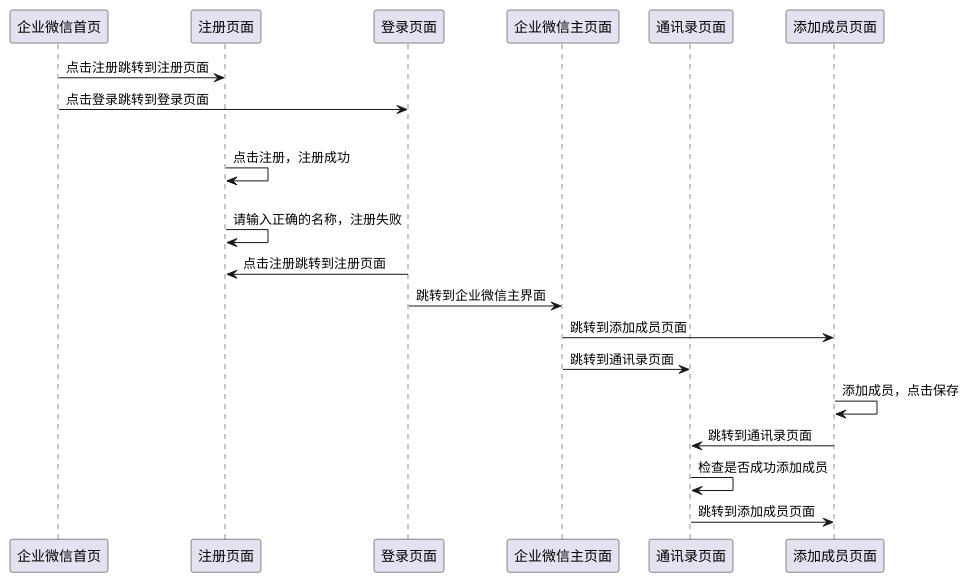
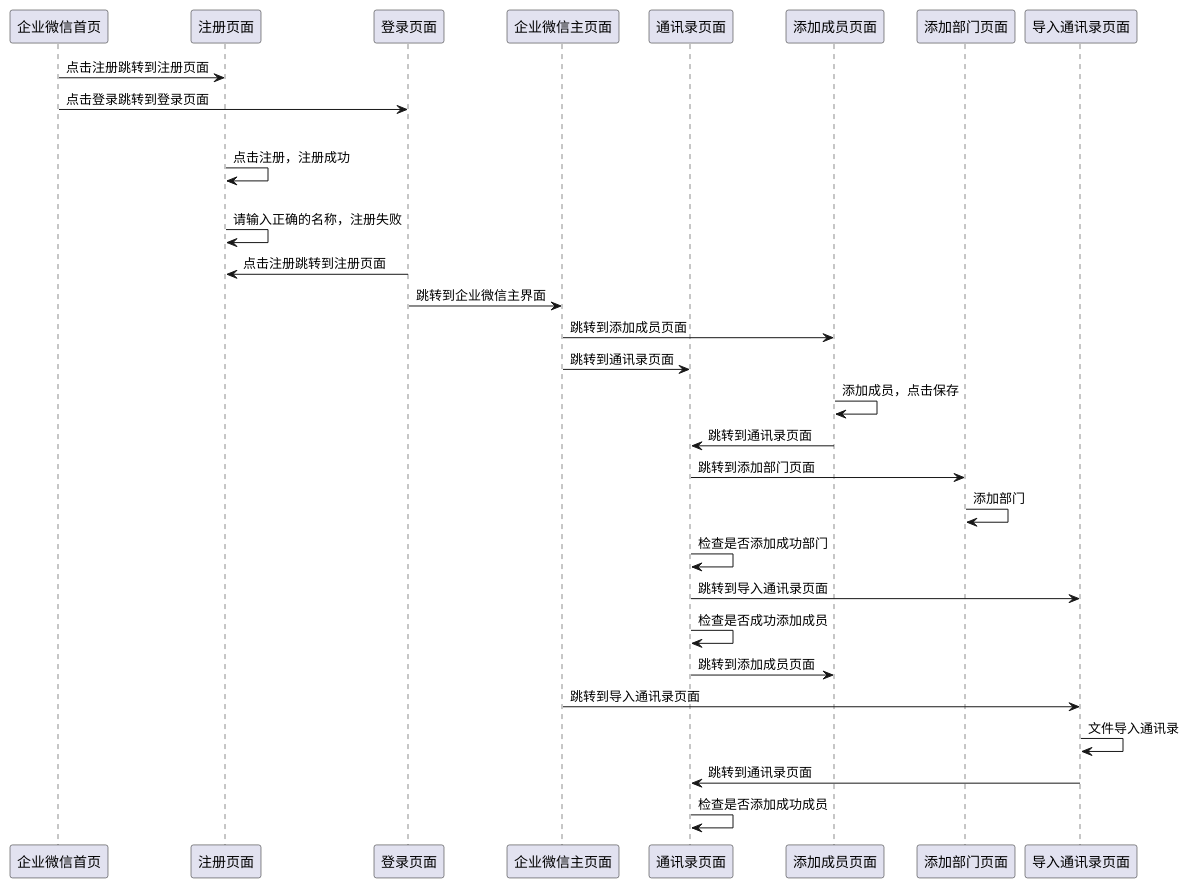
Before and after one commit to Echowwlwz123/learn7: the diagram in pytest_pageobject/企业微信.puml, drawn with PlantUML. The commit also changed 65 other files, not shown here.

```diff
--- a/pytest_pageobject/企业微信.puml
+++ b/pytest_pageobject/企业微信.puml
@@ -1,32 +1,46 @@
 @startuml
         participant 企业微信首页 as fmian
         participant 注册页面 as register
         participant 登录页面 as login
         participant 企业微信主页面 as main
         participant 通讯录页面 as contact
         participant 添加成员页面 as add_member
+        participant 添加部门页面 as add_department
+        participant 导入通讯录页面 as bath_members
 
         fmian->register:点击注册跳转到注册页面
         fmian->login:点击登录跳转到登录页面
 
         alt 成功情况
         register->register:点击注册，注册成功
 
         else 失败情况
         register->register:请输入正确的名称，注册失败
 
         login->register:点击注册跳转到注册页面
         login->main:跳转到企业微信主界面
 
 
         main->add_member:跳转到添加成员页面
         main->contact:跳转到通讯录页面
 
         add_member->add_member:添加成员，点击保存
         add_member->contact:跳转到通讯录页面
 
+        contact->add_department:跳转到添加部门页面
+        add_department->add_department:添加部门
+        contact->contact:检查是否添加成功部门
+        contact->bath_members:跳转到导入通讯录页面
+
+
         contact->contact:检查是否成功添加成员
         contact->add_member:跳转到添加成员页面
 
+        main->bath_members:跳转到导入通讯录页面
+
+        bath_members->bath_members:文件导入通讯录
+        bath_members->contact:跳转到通讯录页面
+        contact->contact:检查是否添加成功成员
+
 
         @enduml
```
